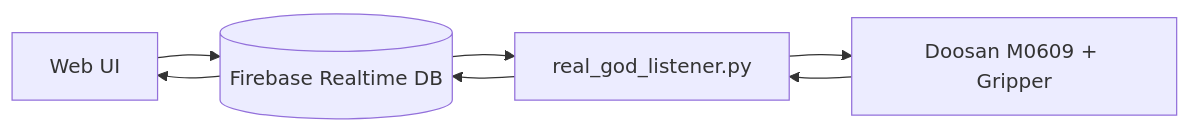
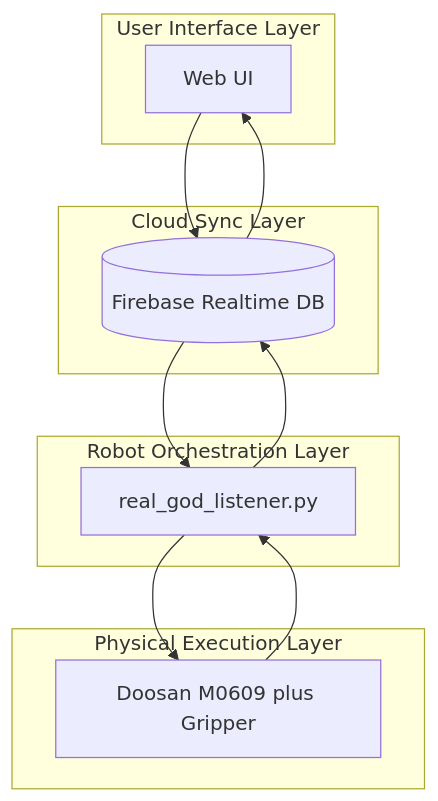
One commit to amogae7/ROKEY_Projects changed the diagram in 협동로봇 기반 핸드드립 자동화 로봇/README.md. Above: the diagram before and after it, drawn with Mermaid. The commit also changed 3 other files, not shown here.

Commit message:
docs: refactor architecture diagrams into layered subgraphs

````diff
--- a/협동로봇 기반 핸드드립 자동화 로봇/README.md
+++ b/협동로봇 기반 핸드드립 자동화 로봇/README.md
@@ -35,9 +35,25 @@
 ```mermaid
-flowchart LR
-  UI[Web UI] --> FB[(Firebase Realtime DB)]
-  FB --> LISTENER[real_god_listener.py]
-  LISTENER --> ROBOT[Doosan M0609 + Gripper]
+flowchart TD
+  subgraph L0["User Interface Layer"]
+    UI[Web UI]
+  end
+
+  subgraph L1["Cloud Sync Layer"]
+    FB[(Firebase Realtime DB)]
+  end
+
+  subgraph L2["Robot Orchestration Layer"]
+    LISTENER[real_god_listener.py]
+  end
+
+  subgraph L3["Physical Execution Layer"]
+    ROBOT[Doosan M0609 plus Gripper]
+  end
+
+  UI --> FB
+  FB --> LISTENER
+  LISTENER --> ROBOT
   ROBOT --> LISTENER
   LISTENER --> FB
   FB --> UI
 ```
````
